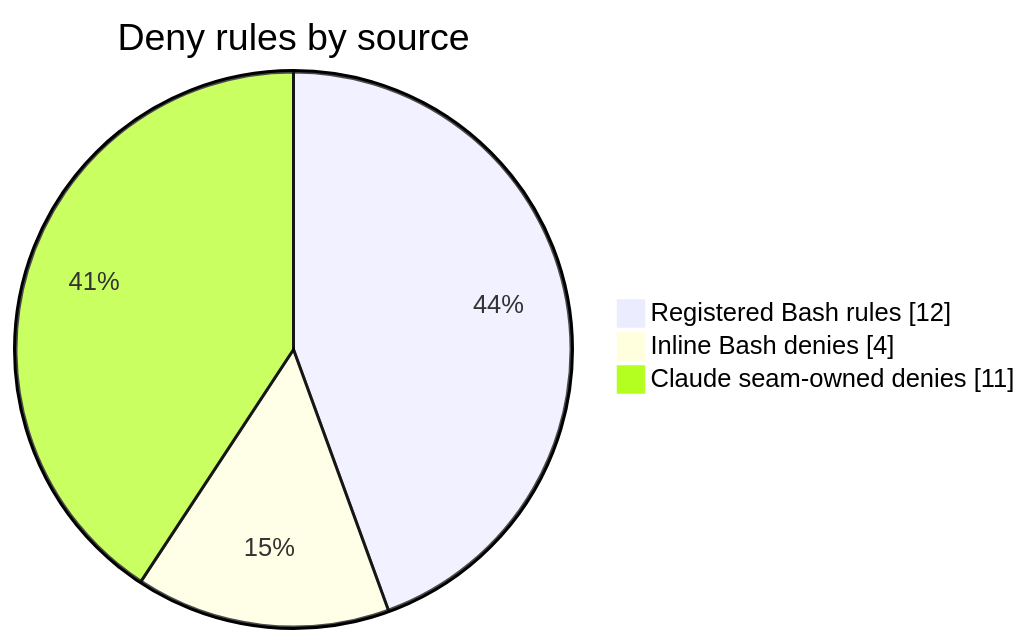
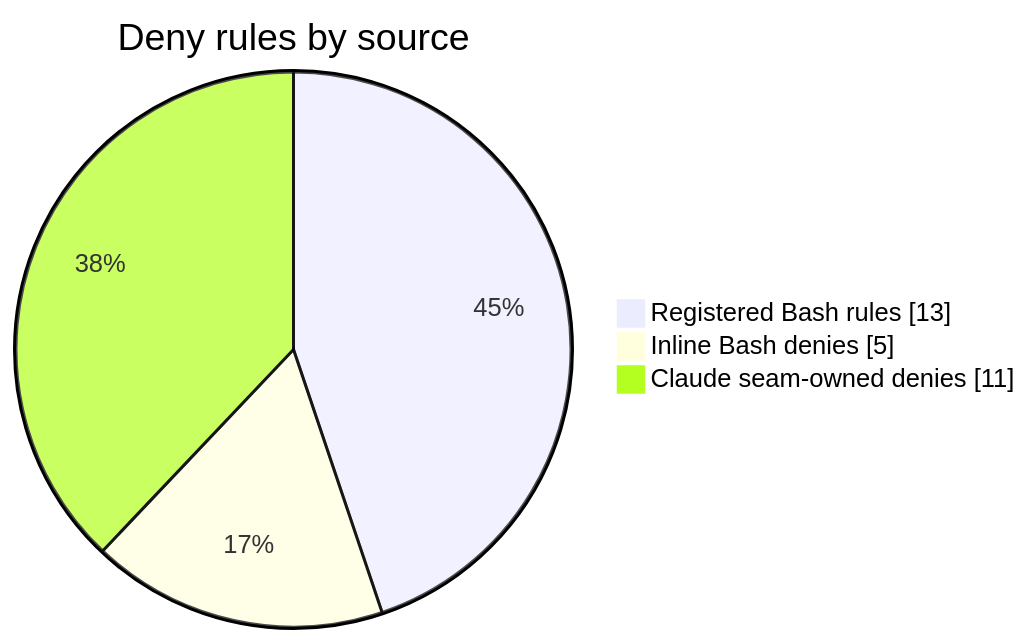
One commit to mfittko/dev-loops changed diagram 15 of 16 in docs/atlas/09-hooks-and-guards.md. Above: the diagram before and after it, drawn with Mermaid. The commit also changed other lines of this file, not shown here.

````diff
--- a/docs/atlas/09-hooks-and-guards.md
+++ b/docs/atlas/09-hooks-and-guards.md
@@ -472,7 +498,7 @@
 ```mermaid
 pie showData
   title Deny rules by source
-  "Registered Bash rules" : 12
-  "Inline Bash denies" : 4
+  "Registered Bash rules" : 13
+  "Inline Bash denies" : 5
   "Claude seam-owned denies" : 11
 ```
````
